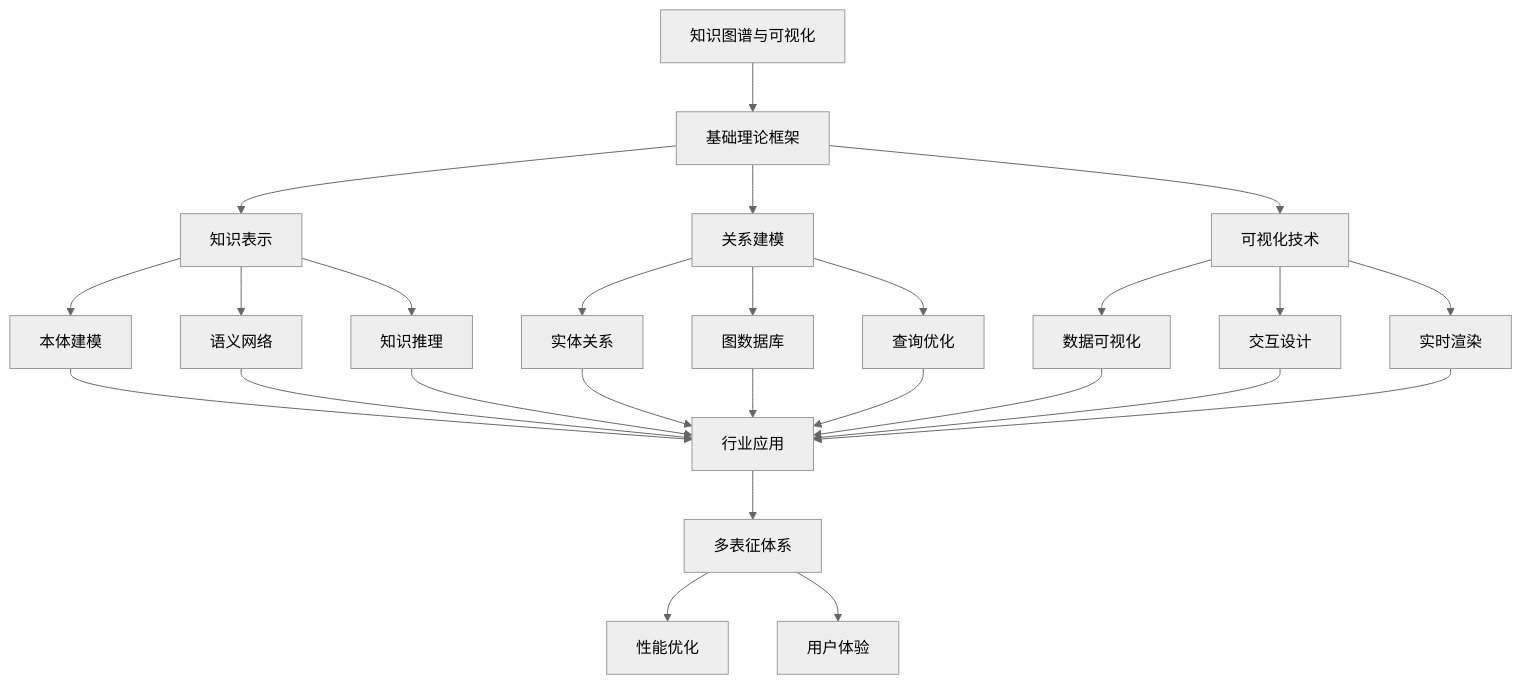
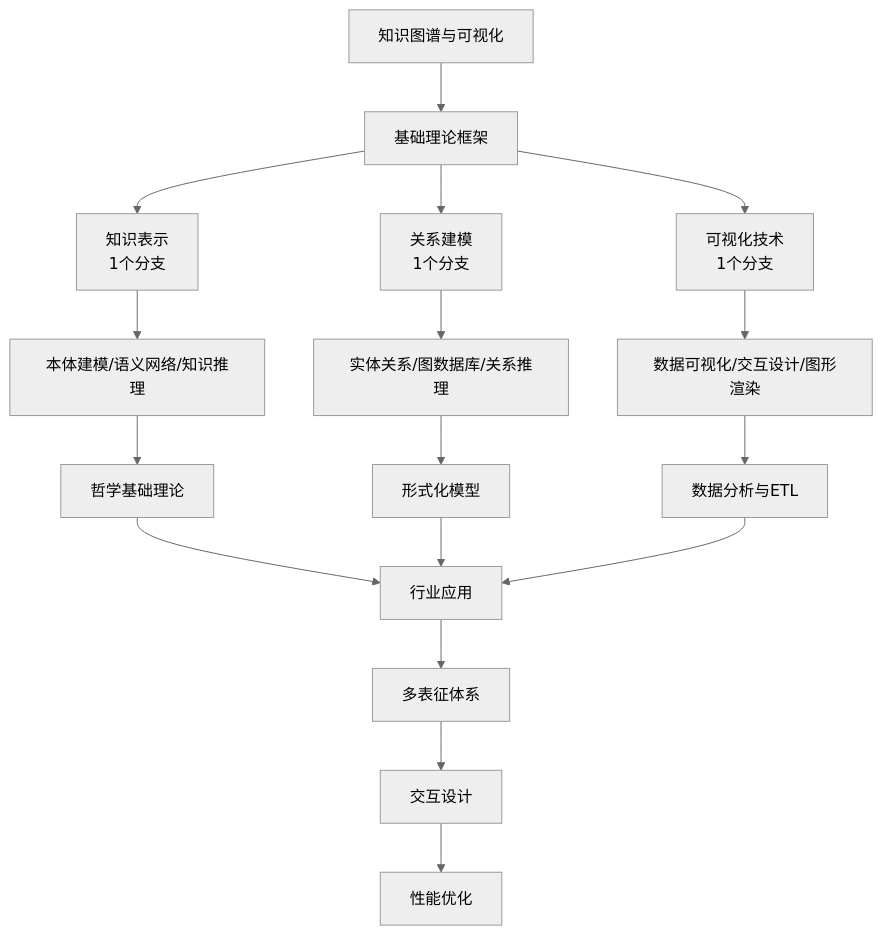
One commit to AdaMartin18010/Data-Science changed the diagram in Analysis/6-知识图谱与可视化/README.md. Above: the diagram before and after it, drawn with Mermaid (neutral theme). The commit also changed other lines of this file and 27 other files, not shown here.

````diff
--- a/Analysis/6-知识图谱与可视化/README.md
+++ b/Analysis/6-知识图谱与可视化/README.md
@@ -25,20 +22,20 @@
 ```mermaid
 flowchart TD
   A[知识图谱与可视化] --> B[基础理论框架]
-  B --> C1[知识表示]
-  B --> C2[关系建模]
-  B --> C3[可视化技术]
-  C1 --> D[本体建模]
-  C1 --> E[语义网络]
-  C1 --> F[知识推理]
-  C2 --> G[实体关系]
-  C2 --> H[图数据库]
-  C2 --> I[查询优化]
-  C3 --> J[数据可视化]
-  C3 --> K[交互设计]
-  C3 --> L[实时渲染]
-  D & E & F & G & H & I & J & K & L --> M[行业应用]
-  M --> N[多表征体系]
-  N --> O[性能优化]
-  N --> P[用户体验]
+  B --> C1[知识表示<br/>1个分支]
+  B --> C2[关系建模<br/>1个分支]
+  B --> C3[可视化技术<br/>1个分支]
+  
+  C1 --> D[本体建模/语义网络/知识推理]
+  C2 --> E[实体关系/图数据库/关系推理]
+  C3 --> F[数据可视化/交互设计/图形渲染]
+  
+  D --> G[哲学基础理论]
+  E --> H[形式化模型]
+  F --> I[数据分析与ETL]
+  
+  G & H & I --> J[行业应用]
+  J --> K[多表征体系]
+  K --> L[交互设计]
+  L --> M[性能优化]
 ```
````
